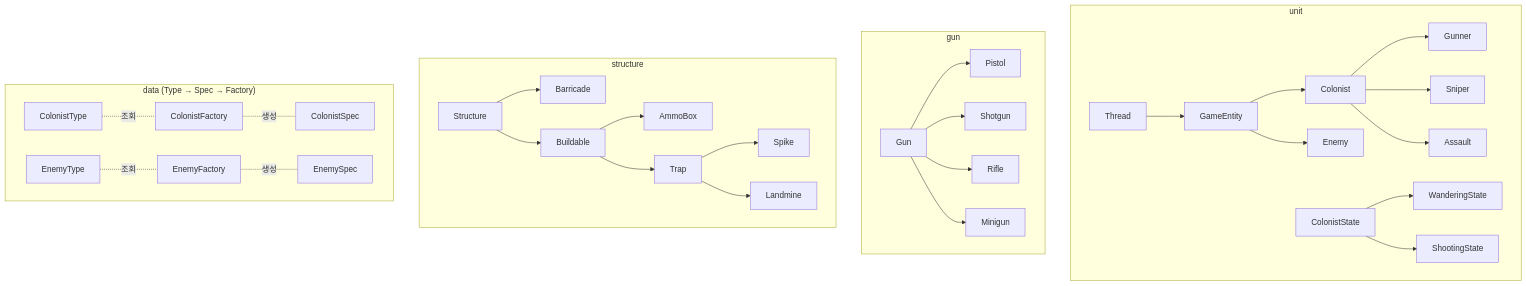
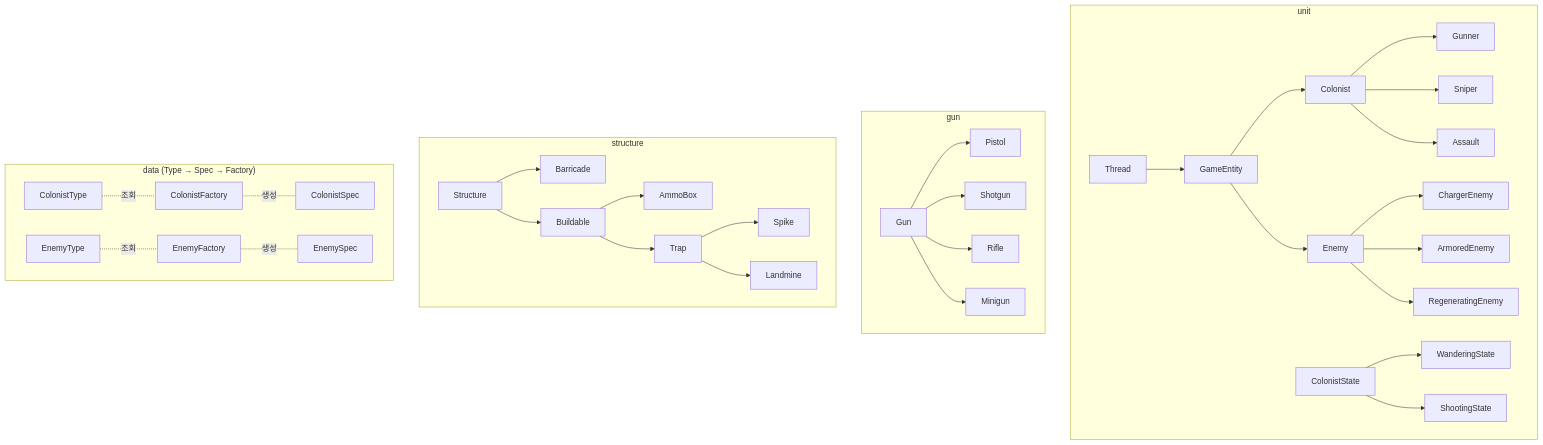
Before and after one commit to weweweme/teamnova_basic_class: the first of 12 diagrams in week6/CLAUDE.md, drawn with Mermaid. The commit also changed other lines of this file and 3 other files, not shown here.

````diff
--- a/week6/CLAUDE.md
+++ b/week6/CLAUDE.md
@@ -117,33 +121,36 @@
 ```mermaid
 graph TD
     subgraph "unit"
         T[Thread] --> GE[GameEntity]
         GE --> CO[Colonist]
         CO --> GU2[Gunner]
         CO --> SN[Sniper]
         CO --> AS[Assault]
         GE --> EN[Enemy]
+        EN --> CE[ChargerEnemy]
+        EN --> AE[ArmoredEnemy]
+        EN --> RE[RegeneratingEnemy]
         CS[ColonistState] --> WS[WanderingState]
         CS --> SS[ShootingState]
     end
     subgraph "gun"
         GU[Gun] --> PI[Pistol]
         GU --> SG[Shotgun]
         GU --> RI[Rifle]
         GU --> MG[Minigun]
     end
     subgraph "structure"
         ST[Structure] --> BA[Barricade]
         ST --> BU[Buildable]
         BU --> AB[AmmoBox]
         BU --> TR[Trap]
         TR --> SP[Spike]
         TR --> LM[Landmine]
     end
     subgraph "data (Type → Spec → Factory)"
         CT[ColonistType] -.-|조회| CF[ColonistFactory]
         CF -.-|생성| CSP[ColonistSpec]
         ET[EnemyType] -.-|조회| EF[EnemyFactory]
         EF -.-|생성| ESP[EnemySpec]
     end
 ```
````
